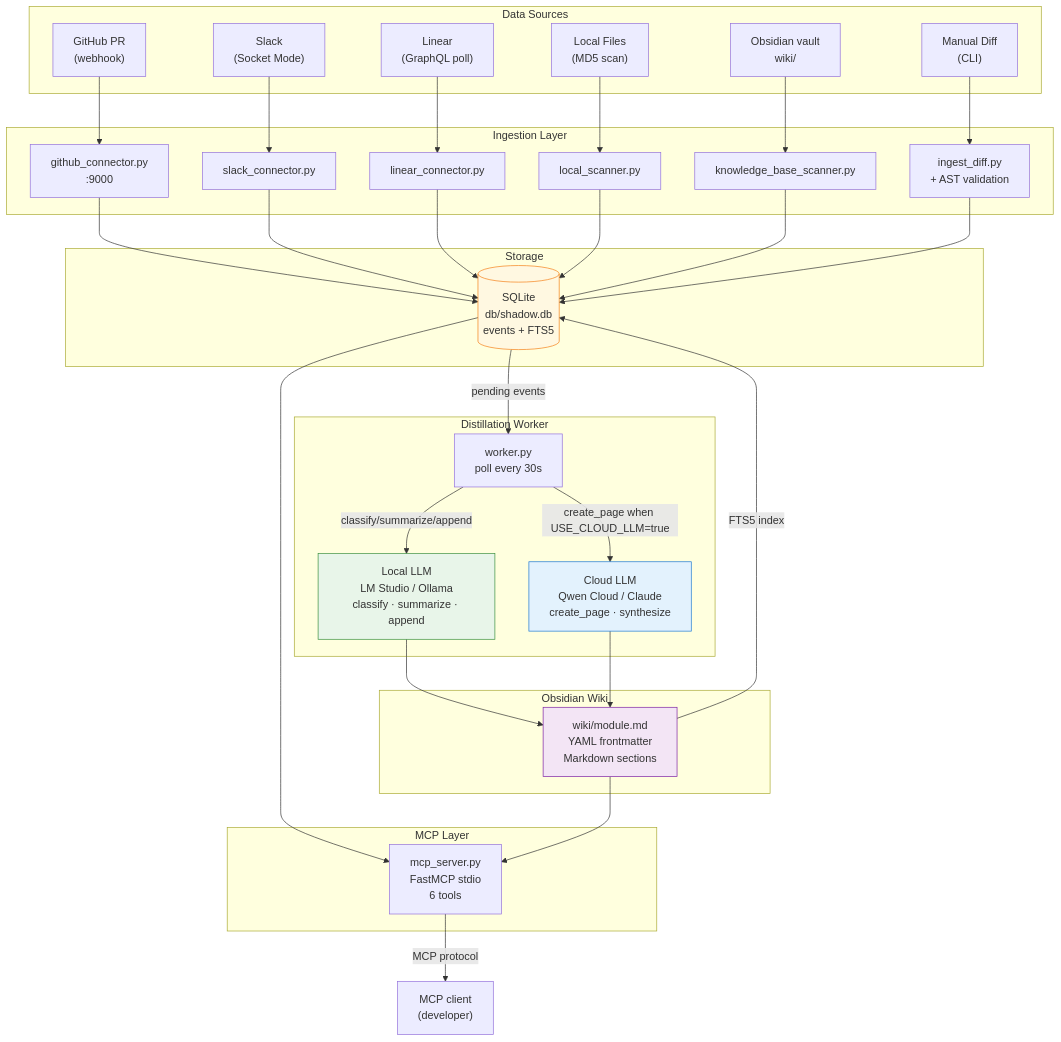
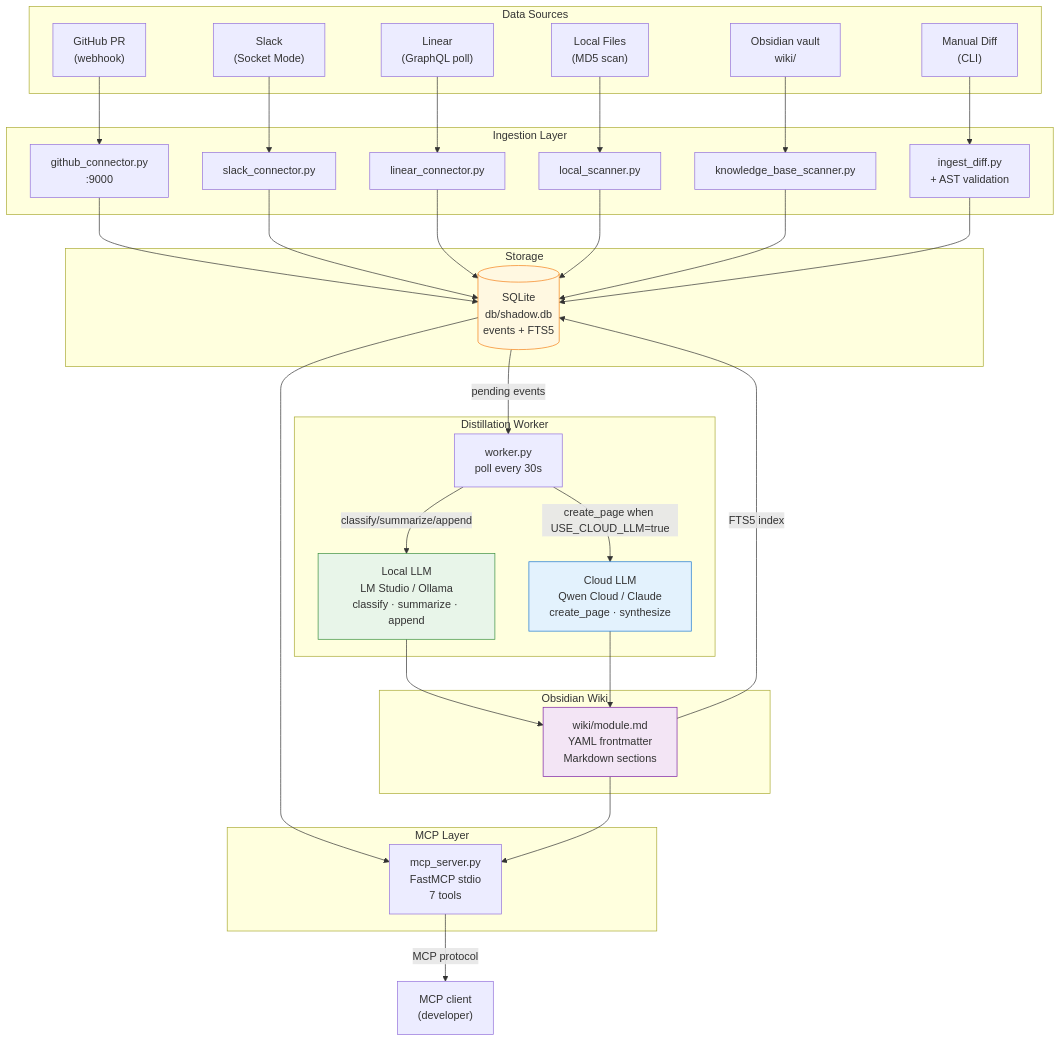
The diagram in docs/architecture.md (thomaschen-tw/shadow-wiki), drawn with Mermaid before and after one commit. The commit also changed 7 other files, not shown here.

````diff
--- a/docs/architecture.md
+++ b/docs/architecture.md
@@ -84,65 +84,65 @@
 ```mermaid
 flowchart TD
     subgraph sources["Data Sources"]
         GH["GitHub PR\n(webhook)"]
         SL["Slack\n(Socket Mode)"]
         LI["Linear\n(GraphQL poll)"]
         FS["Local Files\n(MD5 scan)"]
         KB["Obsidian vault\nwiki/"]
         CLI["Manual Diff\n(CLI)"]
     end
 
     subgraph ingest["Ingestion Layer"]
         GH_C["github_connector.py\n:9000"]
         SL_C["slack_connector.py"]
         LI_C["linear_connector.py"]
         LS_C["local_scanner.py"]
         KB_C["knowledge_base_scanner.py"]
         ID["ingest_diff.py\n+ AST validation"]
     end
 
     subgraph storage["Storage"]
         DB[("SQLite\ndb/shadow.db\nevents + FTS5")]
     end
 
     subgraph worker["Distillation Worker"]
         W["worker.py\npoll every 30s"]
         LOCAL["Local LLM\nLM Studio / Ollama\nclassify · summarize · append"]
         CLOUD["Cloud LLM\nQwen Cloud / Claude\ncreate_page · synthesize"]
     end
 
     subgraph wiki["Obsidian Wiki"]
         MD["wiki/module.md\nYAML frontmatter\nMarkdown sections"]
     end
 
     subgraph mcp["MCP Layer"]
-        MCP["mcp_server.py\nFastMCP stdio\n6 tools"]
+        MCP["mcp_server.py\nFastMCP stdio\n7 tools"]
     end
 
     CC["MCP client\n(developer)"]
 
     GH --> GH_C
     SL --> SL_C
     LI --> LI_C
     FS --> LS_C
     KB --> KB_C
     CLI --> ID
 
     GH_C & SL_C & LI_C & LS_C & KB_C & ID --> DB
 
     DB -->|pending events| W
     W -->|classify/summarize/append| LOCAL
     W -->|create_page when USE_CLOUD_LLM=true| CLOUD
 
     LOCAL & CLOUD --> MD
     MD -->|FTS5 index| DB
 
     DB --> MCP
     MD --> MCP
     MCP -->|MCP protocol| CC
 
     style LOCAL fill:#e8f5e9,stroke:#388e3c
     style CLOUD fill:#e3f2fd,stroke:#1976d2
     style DB fill:#fff8e1,stroke:#f57f17
     style MD fill:#f3e5f5,stroke:#7b1fa2
 ```
````
